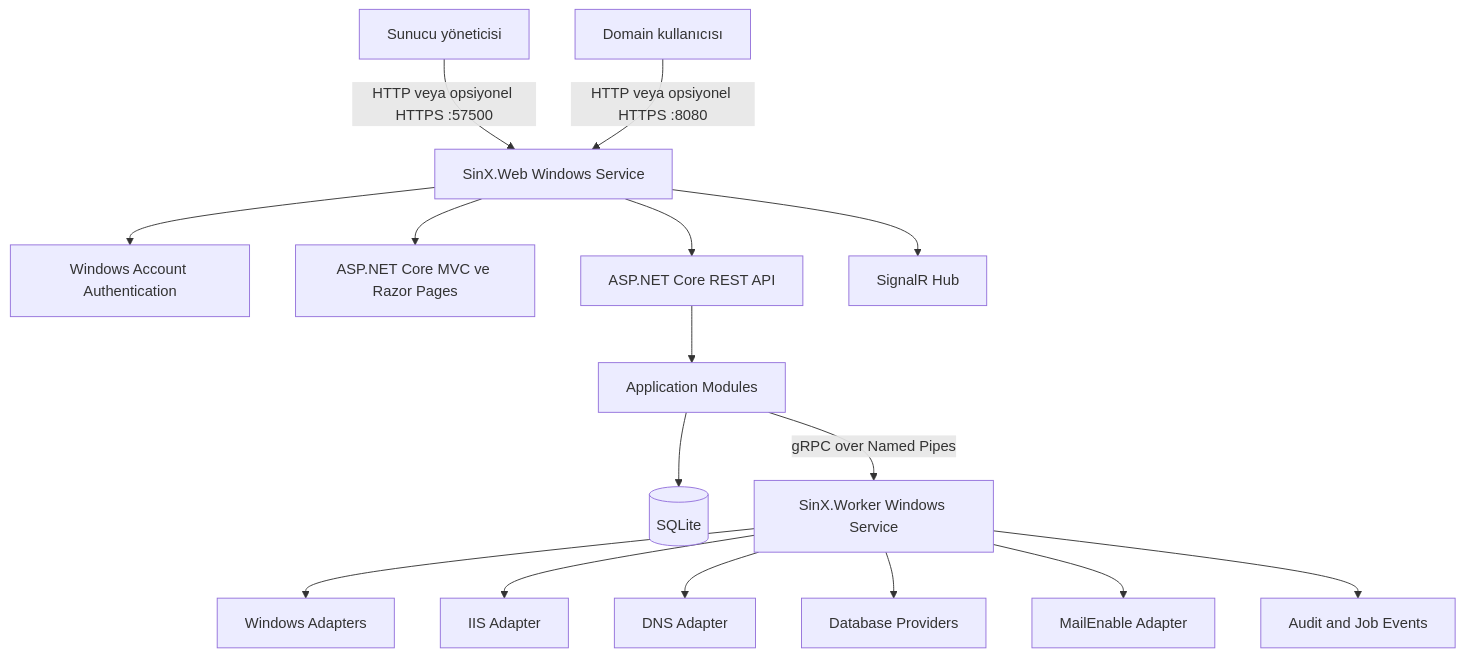
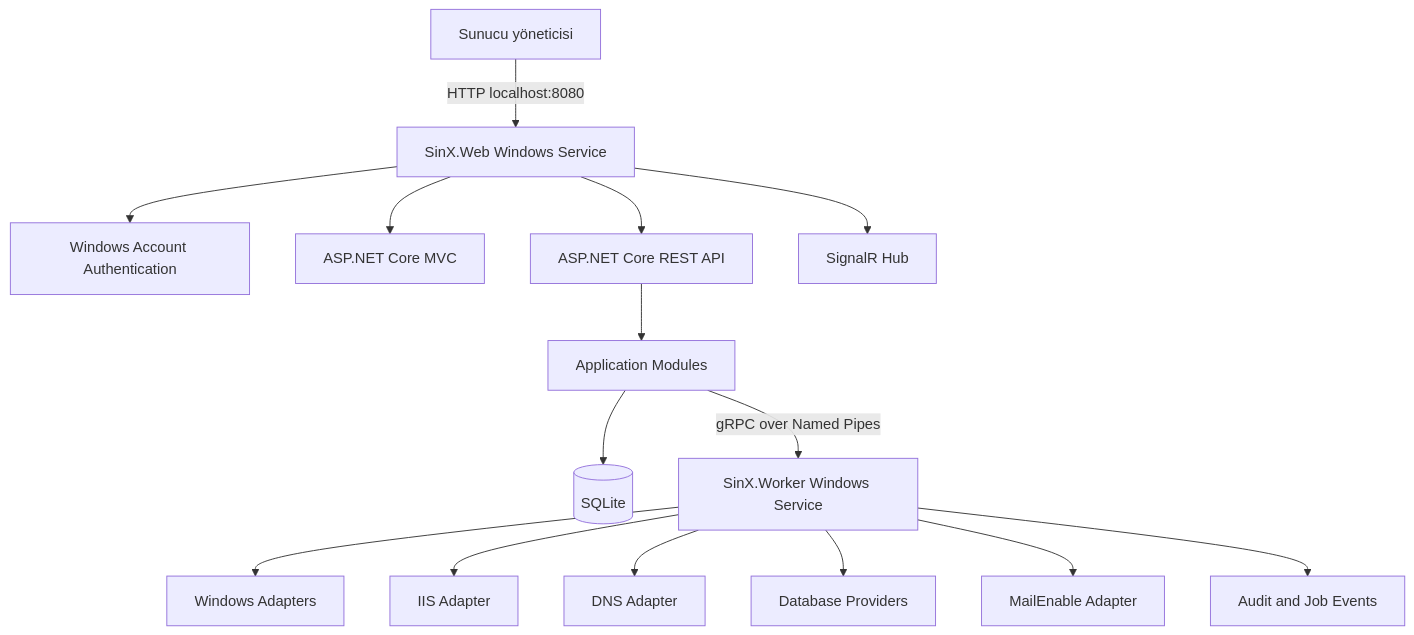
One commit to edgmms/SinX changed the diagram in docs/technology-stack.md. Above: the diagram before and after it, drawn with Mermaid. The commit also changed other lines of this file and 81 other files, not shown here.

````diff
--- a/docs/technology-stack.md
+++ b/docs/technology-stack.md
@@ -54,18 +55,17 @@
 ```mermaid
 flowchart TD
-    Admin[Sunucu yöneticisi] -->|HTTP veya opsiyonel HTTPS :57500| Web[SinX.Web Windows Service]
-    Tenant[Domain kullanıcısı] -->|HTTP veya opsiyonel HTTPS :8080| Web
+    Admin[Sunucu yöneticisi] -->|HTTP localhost:8080| Web[SinX.Web Windows Service]
     Web --> Auth[Windows Account Authentication]
-    Web --> Mvc[ASP.NET Core MVC ve Razor Pages]
+    Web --> Mvc[ASP.NET Core MVC]
     Web --> Api[ASP.NET Core REST API]
     Web --> Hub[SignalR Hub]
     Api --> App[Application Modules]
     App --> Db[(SQLite)]
     App -->|gRPC over Named Pipes| Worker[SinX.Worker Windows Service]
     Worker --> Win[Windows Adapters]
     Worker --> Iis[IIS Adapter]
     Worker --> Dns[DNS Adapter]
     Worker --> DbProviders[Database Providers]
     Worker --> Mail[MailEnable Adapter]
     Worker --> Audit[Audit and Job Events]
 ```
````
